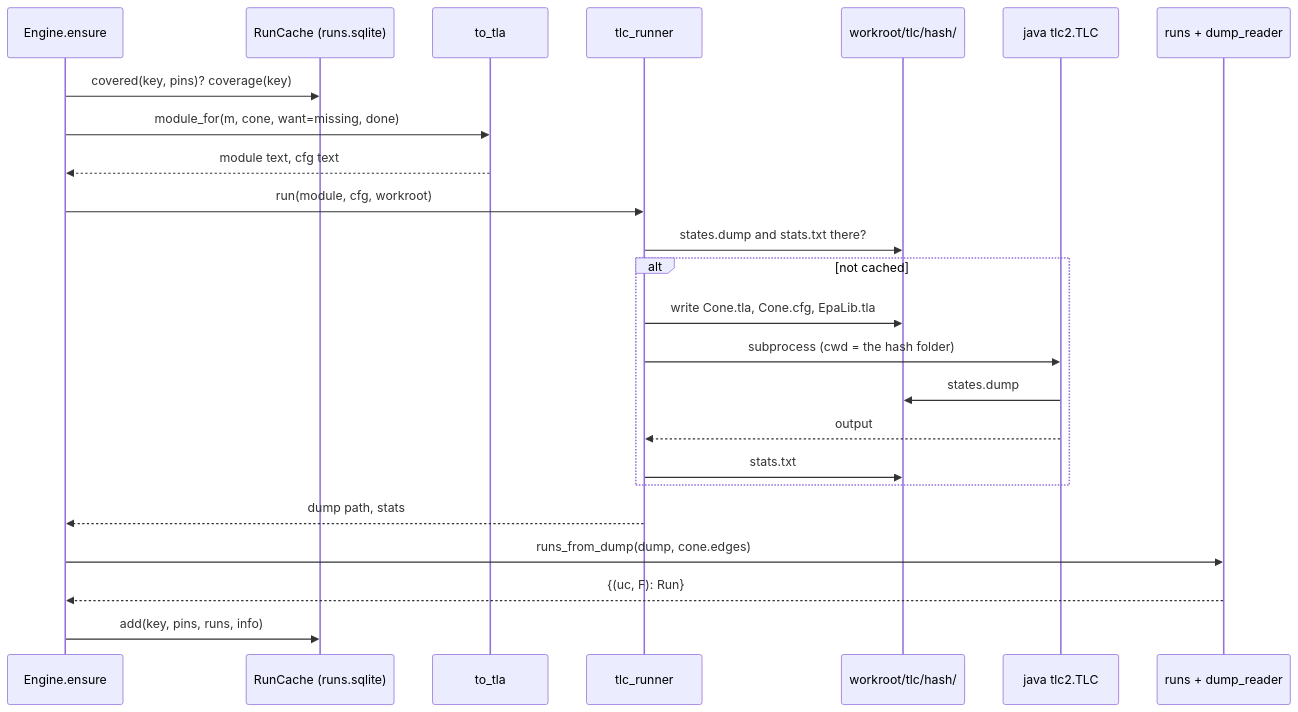
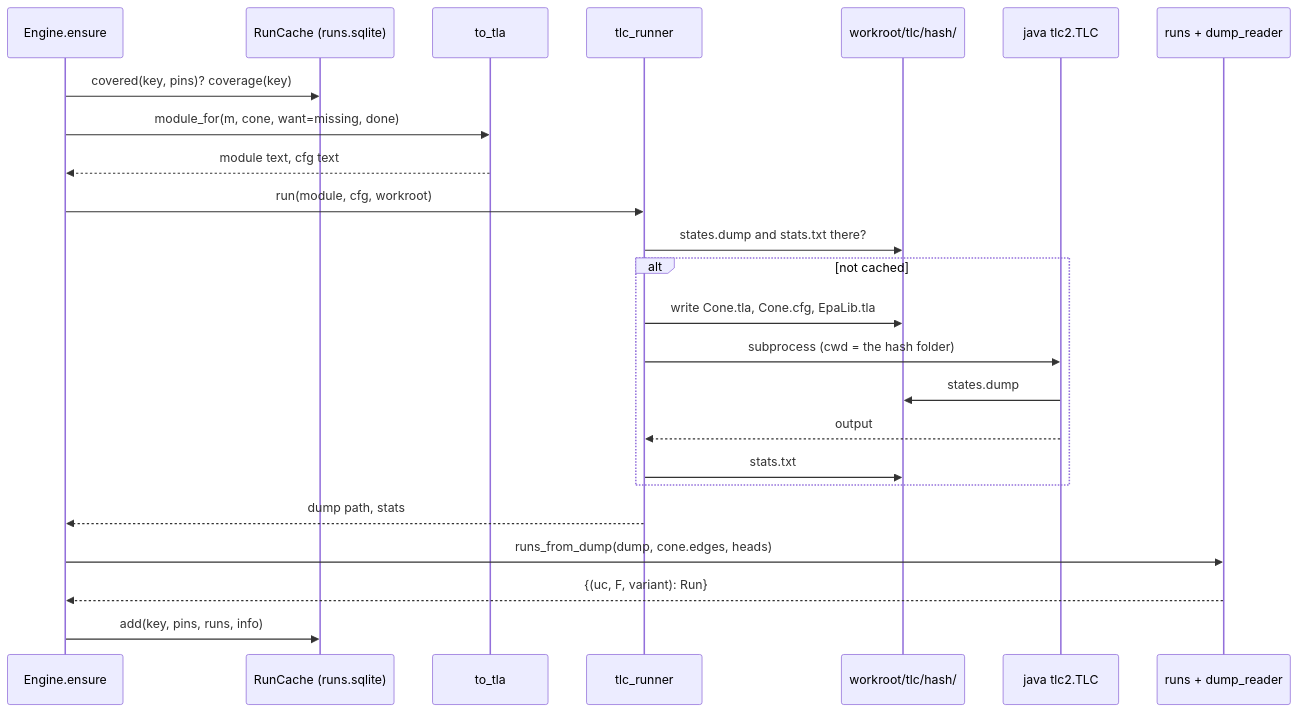
The diagram in docs/dev/alethic.md (nmarci7/Bimodal-EPA), drawn with Mermaid before and after one commit. The commit also changed other lines of this file and 63 other files, not shown here.

````diff
--- a/docs/dev/alethic.md
+++ b/docs/dev/alethic.md
@@ -207,26 +304,26 @@
 ```mermaid
 sequenceDiagram
   participant E as Engine.ensure
   participant RC as RunCache (runs.sqlite)
   participant T as to_tla
   participant TR as tlc_runner
   participant FS as workroot/tlc/hash/
   participant J as java tlc2.TLC
   participant R as runs + dump_reader
   E->>RC: covered(key, pins)? coverage(key)
   E->>T: module_for(m, cone, want=missing, done)
   T-->>E: module text, cfg text
   E->>TR: run(module, cfg, workroot)
   TR->>FS: states.dump and stats.txt there?
   alt not cached
     TR->>FS: write Cone.tla, Cone.cfg, EpaLib.tla
     TR->>J: subprocess (cwd = the hash folder)
     J->>FS: states.dump
     J-->>TR: output
     TR->>FS: stats.txt
   end
   TR-->>E: dump path, stats
-  E->>R: runs_from_dump(dump, cone.edges)
-  R-->>E: {(uc, F): Run}
+  E->>R: runs_from_dump(dump, cone.edges, heads)
+  R-->>E: {(uc, F, variant): Run}
   E->>RC: add(key, pins, runs, info)
 ```
````
